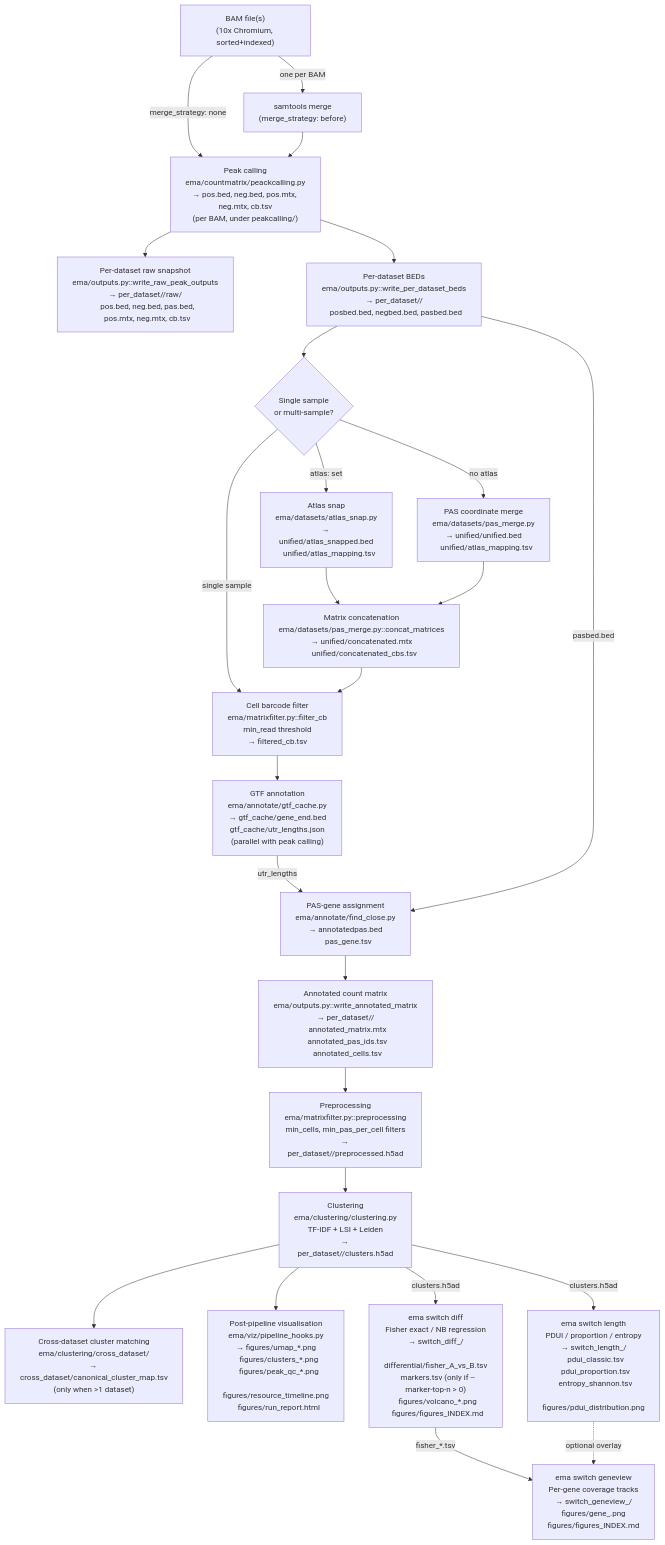
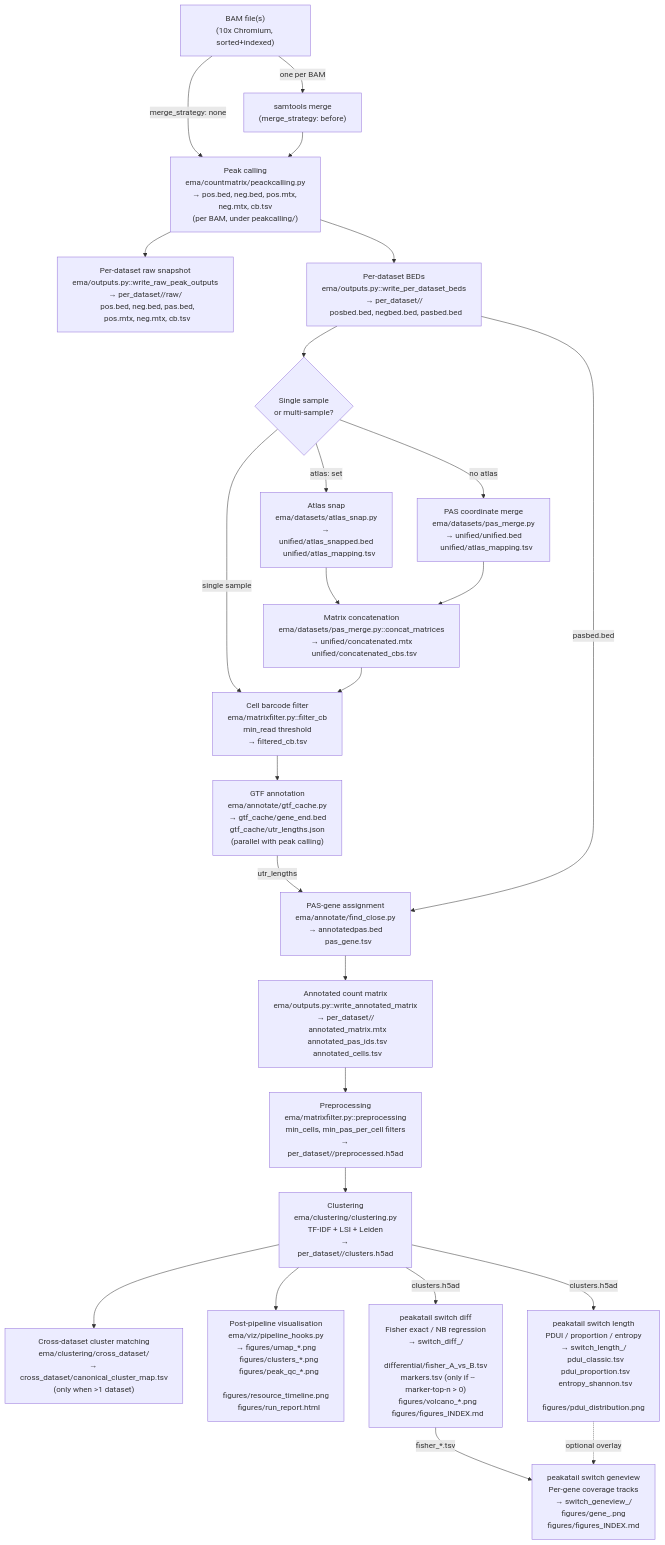
The diagram in docs/concepts/data-flow.md (BMGLab/PeakATail), drawn with Mermaid before and after one commit. The commit also changed other lines of this file and 108 other files, not shown here.

````diff
--- a/docs/concepts/data-flow.md
+++ b/docs/concepts/data-flow.md
@@ -7,49 +7,49 @@
 ```mermaid
 flowchart TD
     BAM["BAM file(s)\n(10x Chromium, sorted+indexed)"]
     MERGE["samtools merge\n(merge_strategy: before)"]
     PEAK["Peak calling\nema/countmatrix/peackcalling.py\n→ pos.bed, neg.bed, pos.mtx, neg.mtx, cb.tsv\n(per BAM, under peakcalling/)"]
     RAWSNAP["Per-dataset raw snapshot\nema/outputs.py::write_raw_peak_outputs\n→ per_dataset/<id>/raw/\n  pos.bed, neg.bed, pas.bed,\n  pos.mtx, neg.mtx, cb.tsv"]
     PERDATABED["Per-dataset BEDs\nema/outputs.py::write_per_dataset_beds\n→ per_dataset/<id>/\n  posbed.bed, negbed.bed, pasbed.bed"]
     UNIFY{"Single sample\nor multi-sample?"}
     ATLAS["Atlas snap\nema/datasets/atlas_snap.py\n→ unified/atlas_snapped.bed\n   unified/atlas_mapping.tsv"]
     MERGE2["PAS coordinate merge\nema/datasets/pas_merge.py\n→ unified/unified.bed\n   unified/atlas_mapping.tsv"]
     CONCAT["Matrix concatenation\nema/datasets/pas_merge.py::concat_matrices\n→ unified/concatenated.mtx\n   unified/concatenated_cbs.tsv"]
     CBFILTER["Cell barcode filter\nema/matrixfilter.py::filter_cb\nmin_read threshold\n→ filtered_cb.tsv"]
     GTF["GTF annotation\nema/annotate/gtf_cache.py\n→ gtf_cache/gene_end.bed\n   gtf_cache/utr_lengths.json\n(parallel with peak calling)"]
     FINDCLOSE["PAS-gene assignment\nema/annotate/find_close.py\n→ annotatedpas.bed\n   pas_gene.tsv"]
     ANNOTMATRIX["Annotated count matrix\nema/outputs.py::write_annotated_matrix\n→ per_dataset/<id>/\n  annotated_matrix.mtx\n  annotated_pas_ids.tsv\n  annotated_cells.tsv"]
     PREPROCESS["Preprocessing\nema/matrixfilter.py::preprocessing\nmin_cells, min_pas_per_cell filters\n→ per_dataset/<id>/preprocessed.h5ad"]
     CLUSTER["Clustering\nema/clustering/clustering.py\nTF-IDF + LSI + Leiden\n→ per_dataset/<id>/clusters.h5ad"]
     MATCH["Cross-dataset cluster matching\nema/clustering/cross_dataset/\n→ cross_dataset/canonical_cluster_map.tsv\n(only when >1 dataset)"]
     VIZ["Post-pipeline visualisation\nema/viz/pipeline_hooks.py\n→ figures/umap_*.png\n   figures/clusters_*.png\n   figures/peak_qc_*.png\n   figures/resource_timeline.png\n   figures/run_report.html"]
 
-    DIFF["ema switch diff\nFisher exact / NB regression\n→ switch_diff_<ts>/\n  differential/fisher_A_vs_B.tsv\n  markers.tsv (only if --marker-top-n > 0)\n  figures/volcano_*.png\n  figures/figures_INDEX.md"]
-    LENGTH["ema switch length\nPDUI / proportion / entropy\n→ switch_length_<ts>/\n  pdui_classic.tsv\n  pdui_proportion.tsv\n  entropy_shannon.tsv\n  figures/pdui_distribution.png"]
-    GENEVIEW["ema switch geneview\nPer-gene coverage tracks\n→ switch_geneview_<ts>/\n  figures/gene_<id>.png\n  figures/figures_INDEX.md"]
+    DIFF["peakatail switch diff\nFisher exact / NB regression\n→ switch_diff_<ts>/\n  differential/fisher_A_vs_B.tsv\n  markers.tsv (only if --marker-top-n > 0)\n  figures/volcano_*.png\n  figures/figures_INDEX.md"]
+    LENGTH["peakatail switch length\nPDUI / proportion / entropy\n→ switch_length_<ts>/\n  pdui_classic.tsv\n  pdui_proportion.tsv\n  entropy_shannon.tsv\n  figures/pdui_distribution.png"]
+    GENEVIEW["peakatail switch geneview\nPer-gene coverage tracks\n→ switch_geneview_<ts>/\n  figures/gene_<id>.png\n  figures/figures_INDEX.md"]
 
     BAM -->|one per BAM| MERGE
     BAM -->|merge_strategy: none| PEAK
     MERGE --> PEAK
     PEAK --> RAWSNAP
     PEAK --> PERDATABED
     PERDATABED --> UNIFY
     UNIFY -->|"atlas: set"| ATLAS
     UNIFY -->|no atlas| MERGE2
     UNIFY -->|single sample| CBFILTER
     ATLAS --> CONCAT
     MERGE2 --> CONCAT
     CONCAT --> CBFILTER
     CBFILTER --> GTF
     GTF -->|"utr_lengths"| FINDCLOSE
     PERDATABED -->|"pasbed.bed"| FINDCLOSE
     FINDCLOSE --> ANNOTMATRIX
     ANNOTMATRIX --> PREPROCESS
     PREPROCESS --> CLUSTER
     CLUSTER --> MATCH
     CLUSTER --> VIZ
     CLUSTER -->|"clusters.h5ad"| DIFF
     CLUSTER -->|"clusters.h5ad"| LENGTH
     DIFF -->|"fisher_*.tsv"| GENEVIEW
     LENGTH -.->|"optional overlay"| GENEVIEW
 ```
````
